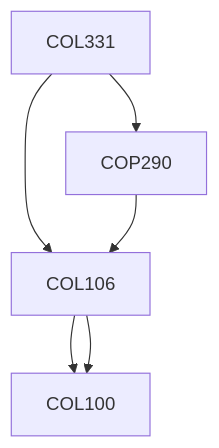
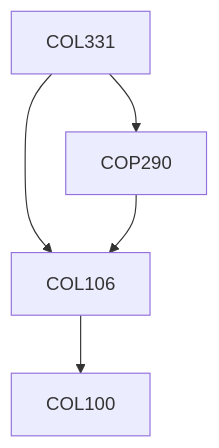
The diagram in content/Computer Science and Engineering/COL331.md (KeshavBansal0122/CoS_Website), drawn with Mermaid before and after one commit. The commit also changed other lines of this file and 2667 other files, not shown here.

````diff
--- a/content/Computer Science and Engineering/COL331.md
+++ b/content/Computer Science and Engineering/COL331.md
@@ -17,8 +15,11 @@
 ```mermaid
-graph TD
-COL331 --> COL106
-COL106 --> COL100
-COL331 --> COP290
-COP290 --> COL106
-COL106 --> COL100
+flowchart TD
+COL331-180[COL331]
+COL106-180 --> COL100-180[COL100]
+COL331-180 --> COL106-180[COL106]
+COP290-180 --> COL106-180[COL106]
+COL331-180 --> COP290-180[COP290]
+
+classDef empty height:17px, fill:transparent, stroke:transparent;
+classDef trueEmpty height:0px, width:0px;
 ```
````
